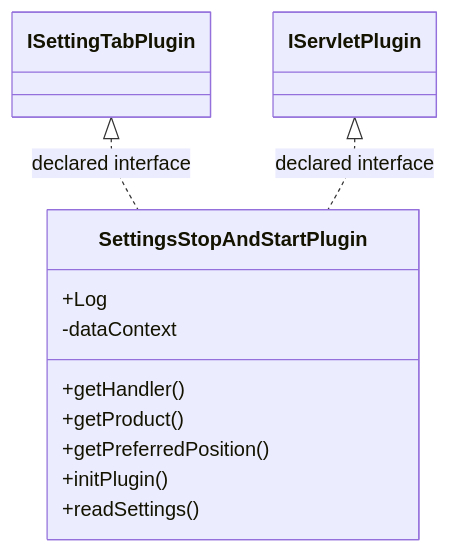
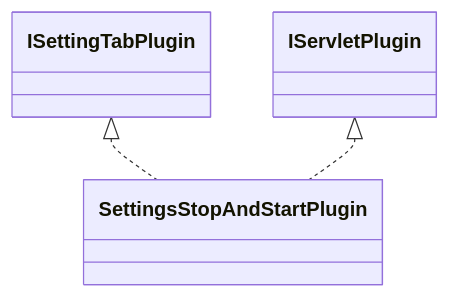
Before and after one commit to haruperi/HaruQuantAI: the diagram in docs/sqx/Shared/SettingsStopAndStart.md, drawn with Mermaid. The commit also changed other lines of this file and 1688 other files, not shown here.

````diff
--- a/docs/sqx/Shared/SettingsStopAndStart.md
+++ b/docs/sqx/Shared/SettingsStopAndStart.md
@@ -30,16 +26,8 @@
 ```mermaid
 classDiagram
-    class C97b7cfbe696c["SettingsStopAndStartPlugin"] {
-        +Log
-        -dataContext
-        +getHandler()
-        +getProduct()
-        +getPreferredPosition()
-        +initPlugin()
-        +readSettings()
-    }
-    class C249b5c671b1a["IServletPlugin"]
-    class C27734eb41505["ISettingTabPlugin"]
-    C27734eb41505 <|.. C97b7cfbe696c : declared interface
-    C249b5c671b1a <|.. C97b7cfbe696c : declared interface
+    class C0["SettingsStopAndStartPlugin"]
+    class E0["ISettingTabPlugin"]
+    E0 <|.. C0
+    class E1["IServletPlugin"]
+    E1 <|.. C0
 ```
````
